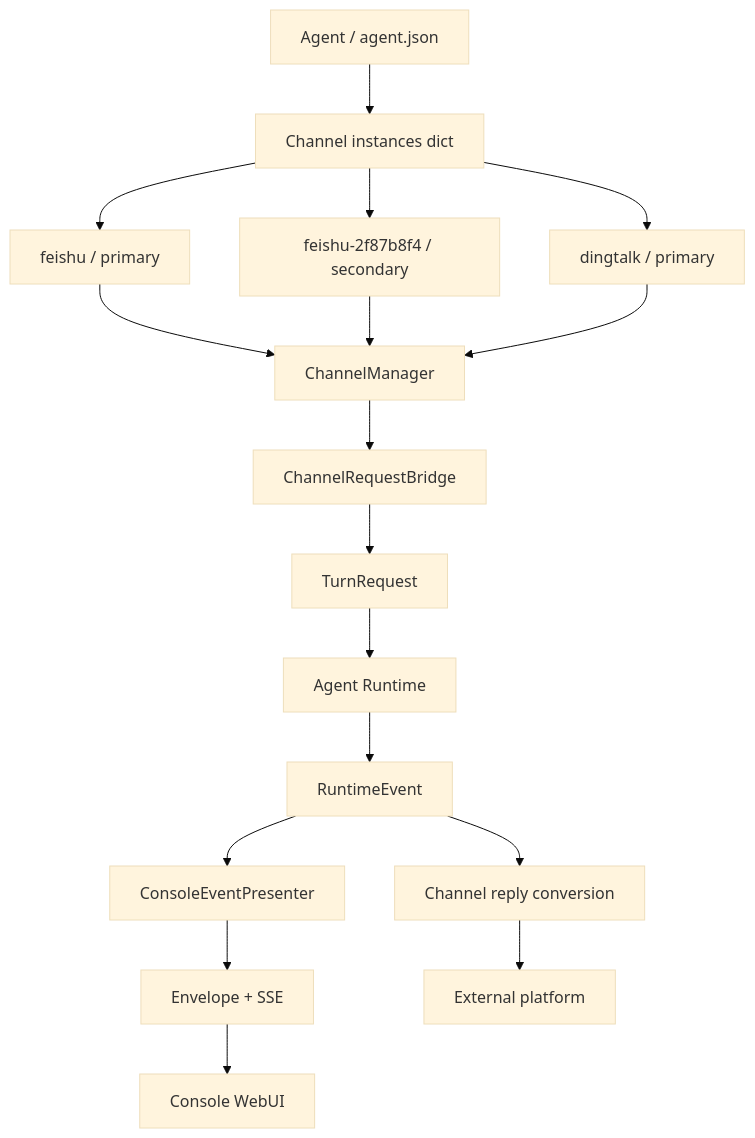
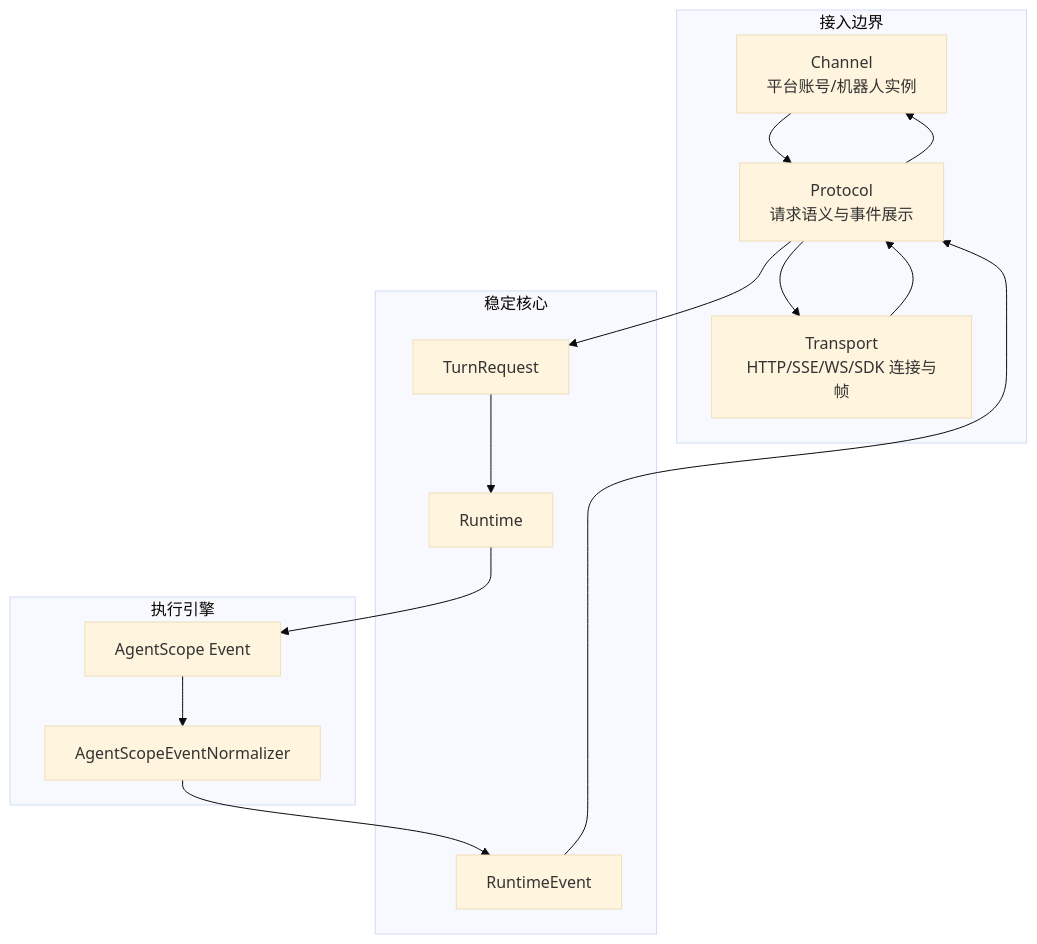
Before and after one commit to zhijianma/CoPaw: the third of 7 diagrams in docs/design/channel-agent-runtime-v5.md, drawn with Mermaid (base theme). The commit also changed other lines of this file and 37 other files, not shown here.

Commit message:
refactor runtime around channel transport protocol boundaries

````diff
--- a/docs/design/channel-agent-runtime-v5.md
+++ b/docs/design/channel-agent-runtime-v5.md
@@ -94,22 +97,27 @@
 ```mermaid
 flowchart TB
-    A[Agent / agent.json] --> C[Channel instances dict]
-    C --> I1[feishu / primary]
-    C --> I2[feishu-2f87b8f4 / secondary]
-    C --> I3[dingtalk / primary]
-
-    I1 --> M[ChannelManager]
-    I2 --> M
-    I3 --> M
-    M --> B[ChannelRequestBridge]
-    B --> T[TurnRequest]
-    T --> R[Agent Runtime]
-    R --> E[RuntimeEvent]
-
-    E --> P[ConsoleEventPresenter]
-    P --> V[Envelope + SSE]
-    V --> W[Console WebUI]
-
-    E --> O[Channel reply conversion]
-    O --> X[External platform]
+    subgraph Edge[接入边界]
+        C[Channel<br/>平台账号/机器人实例]
+        T[Transport<br/>HTTP/SSE/WS/SDK 连接与帧]
+        P[Protocol<br/>请求语义与事件展示]
+    end
+    subgraph Core[稳定核心]
+        TR[TurnRequest]
+        R[Runtime]
+        RE[RuntimeEvent]
+    end
+    subgraph Engine[执行引擎]
+        AS[AgentScope Event]
+        N[AgentScopeEventNormalizer]
+    end
+    C --> P
+    T --> P
+    P --> TR
+    TR --> R
+    R --> AS
+    AS --> N
+    N --> RE
+    RE --> P
+    P --> C
+    P --> T
 ```
````
